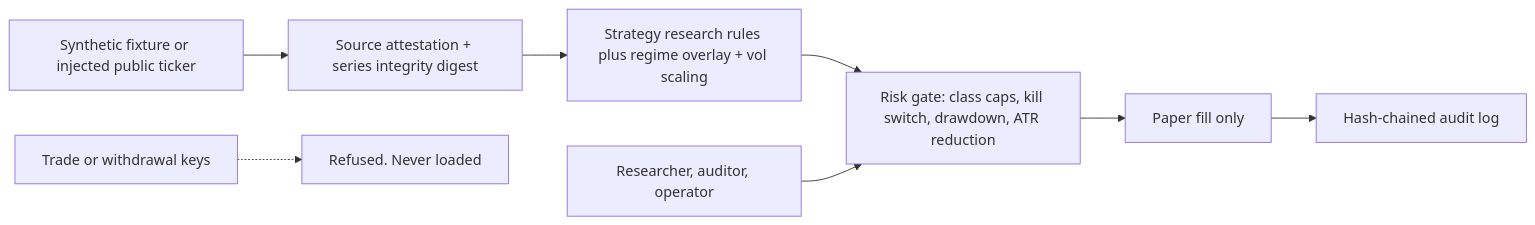
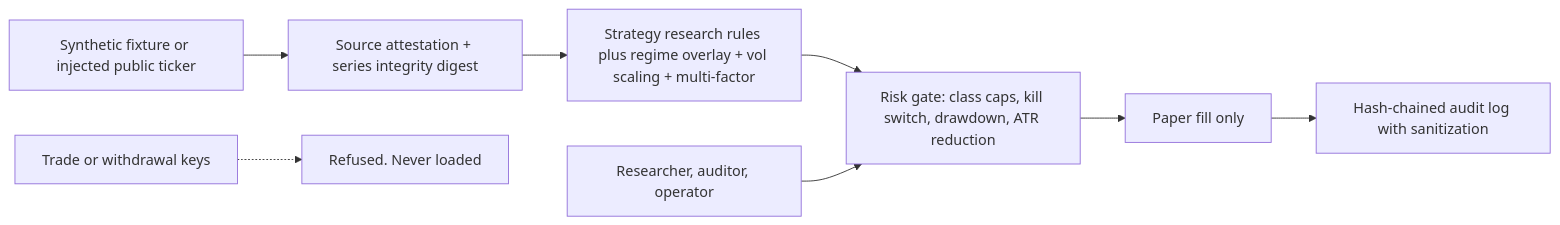
Before and after one commit to kkzee92/aixtech-crypto-intel: the diagram in docs/security-architecture.md, drawn with Mermaid. The commit also changed other lines of this file and 4 other files, not shown here.

Commit message:
Enhance strategies with multi-factor MACD confirmation, adaptive filters, and strengthen cyber/data security patterns and docs (v0.5)

````diff
--- a/docs/security-architecture.md
+++ b/docs/security-architecture.md
@@ -9,10 +10,10 @@
 ```mermaid
 flowchart LR
     F["Synthetic fixture or injected public ticker"] --> AT["Source attestation + series integrity digest"]
-    AT --> S["Strategy research rules plus regime overlay + vol scaling"]
+    AT --> S["Strategy research rules plus regime overlay + vol scaling + multi-factor"]
     S --> R["Risk gate: class caps, kill switch, drawdown, ATR reduction"]
     R --> P["Paper fill only"]
-    P --> A["Hash-chained audit log"]
+    P --> A["Hash-chained audit log with sanitization"]
     K["Trade or withdrawal keys"] -.-> X["Refused. Never loaded"]
     RBAC["Researcher, auditor, operator"] --> R
 ```
````
